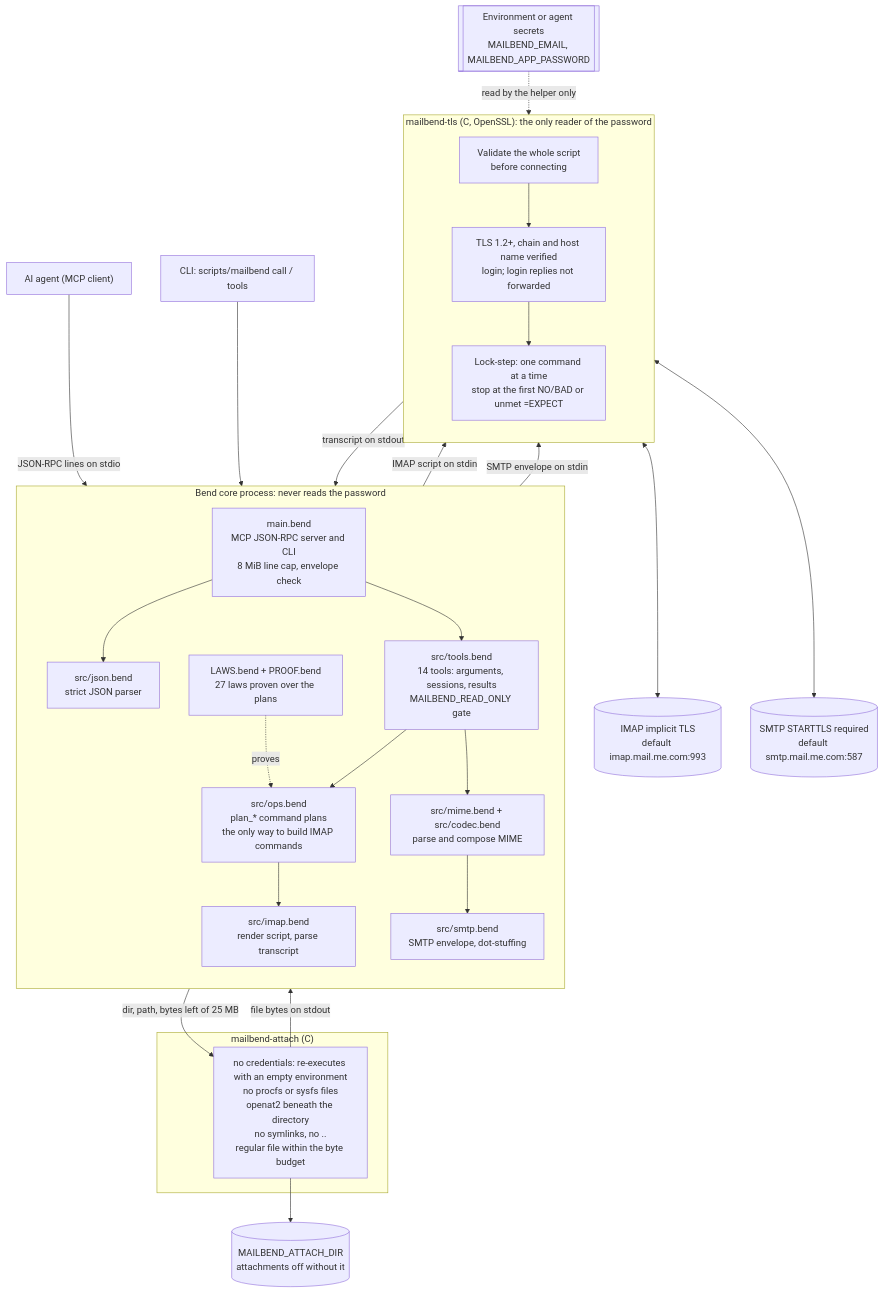
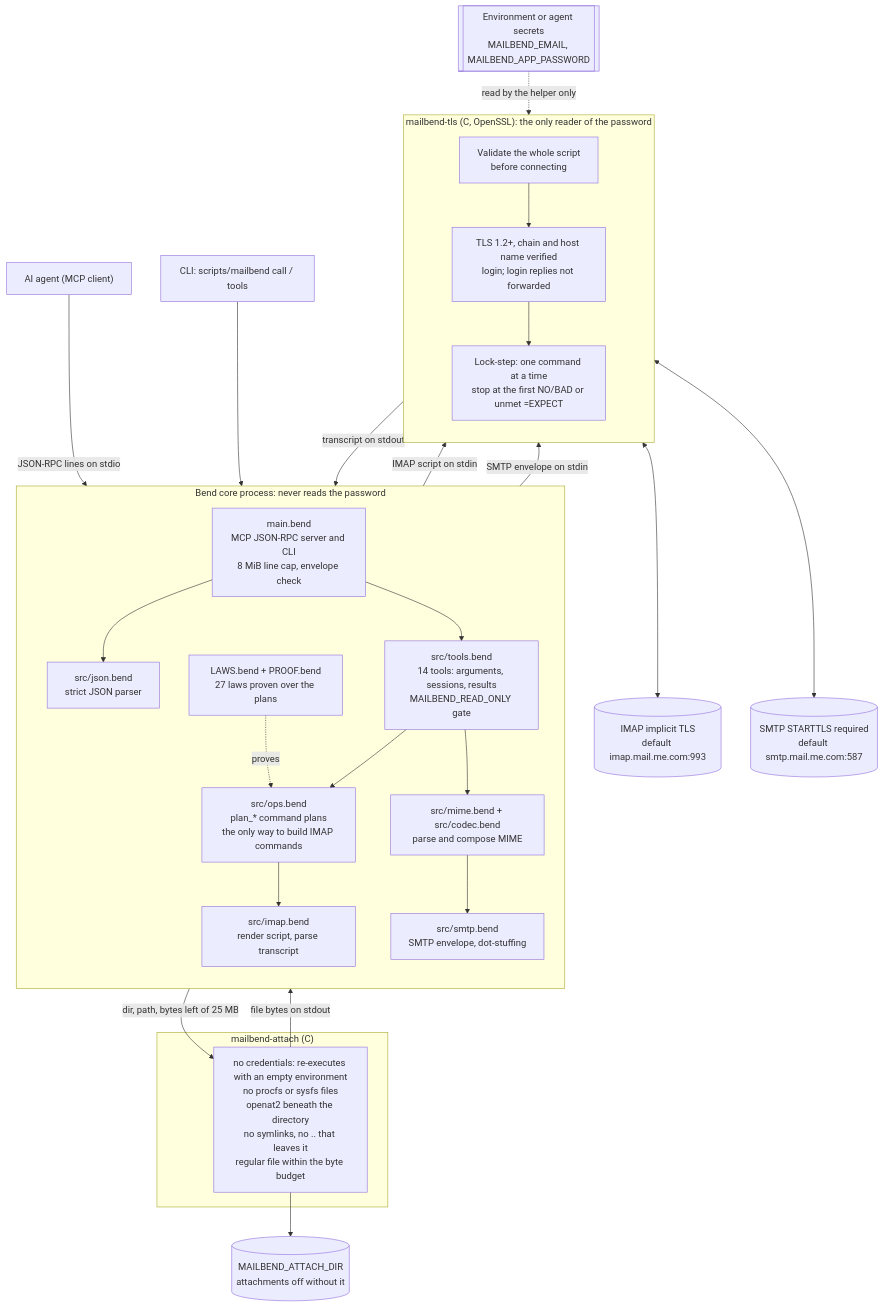
The first of 3 diagrams in docs/ARCHITECTURE.md (albertc71/MailBend), drawn with Mermaid before and after one commit. The commit also changed other lines of this file and 10 other files, not shown here.

````diff
--- a/docs/ARCHITECTURE.md
+++ b/docs/ARCHITECTURE.md
@@ -27,54 +27,54 @@
 ```mermaid
 flowchart TB
   agent["AI agent (MCP client)"]
   cli["CLI: scripts/mailbend call / tools"]
   env[["Environment or agent secrets<br/>MAILBEND_EMAIL, MAILBEND_APP_PASSWORD"]]
 
   subgraph core["Bend core process: never reads the password"]
     direction TB
     main["main.bend<br/>MCP JSON-RPC server and CLI<br/>8 MiB line cap, envelope check"]
     json["src/json.bend<br/>strict JSON parser"]
     tools["src/tools.bend<br/>14 tools: arguments, sessions, results<br/>MAILBEND_READ_ONLY gate"]
     ops["src/ops.bend<br/>plan_* command plans<br/>the only way to build IMAP commands"]
     laws["LAWS.bend + PROOF.bend<br/>27 laws proven over the plans"]
     imap["src/imap.bend<br/>render script, parse transcript"]
     mime["src/mime.bend + src/codec.bend<br/>parse and compose MIME"]
     smtp["src/smtp.bend<br/>SMTP envelope, dot-stuffing"]
   end
 
   subgraph helper["mailbend-tls (C, OpenSSL): the only reader of the password"]
     direction TB
     validate["Validate the whole script<br/>before connecting"]
     tls["TLS 1.2+, chain and host name verified<br/>login; login replies not forwarded"]
     lock["Lock-step: one command at a time<br/>stop at the first NO/BAD or unmet =EXPECT"]
   end
 
   subgraph reader["mailbend-attach (C)"]
-    attach["no credentials: re-executes with an empty environment<br/>no procfs or sysfs files<br/>openat2 beneath the directory<br/>no symlinks, no ..<br/>regular file within the byte budget"]
+    attach["no credentials: re-executes with an empty environment<br/>no procfs or sysfs files<br/>openat2 beneath the directory<br/>no symlinks, no .. that leaves it<br/>regular file within the byte budget"]
   end
 
   imapsrv[("IMAP implicit TLS<br/>default imap.mail.me.com:993")]
   smtpsrv[("SMTP STARTTLS required<br/>default smtp.mail.me.com:587")]
   files[("MAILBEND_ATTACH_DIR<br/>attachments off without it")]
 
   agent -- "JSON-RPC lines on stdio" --> main
   cli --> main
   main --> json
   main --> tools
   tools --> ops
   laws -. "proves" .-> ops
   ops --> imap
   tools --> mime
   mime --> smtp
   imap -- "IMAP script on stdin" --> validate
   smtp -- "SMTP envelope on stdin" --> validate
   validate --> tls
   tls --> lock
   lock <--> imapsrv
   lock <--> smtpsrv
   lock -- "transcript on stdout" --> imap
   tools -- "dir, path, bytes left of 25 MB" --> attach
   attach --> files
   attach -- "file bytes on stdout" --> tools
   env -. "read by the helper only" .-> tls
 ```
````
